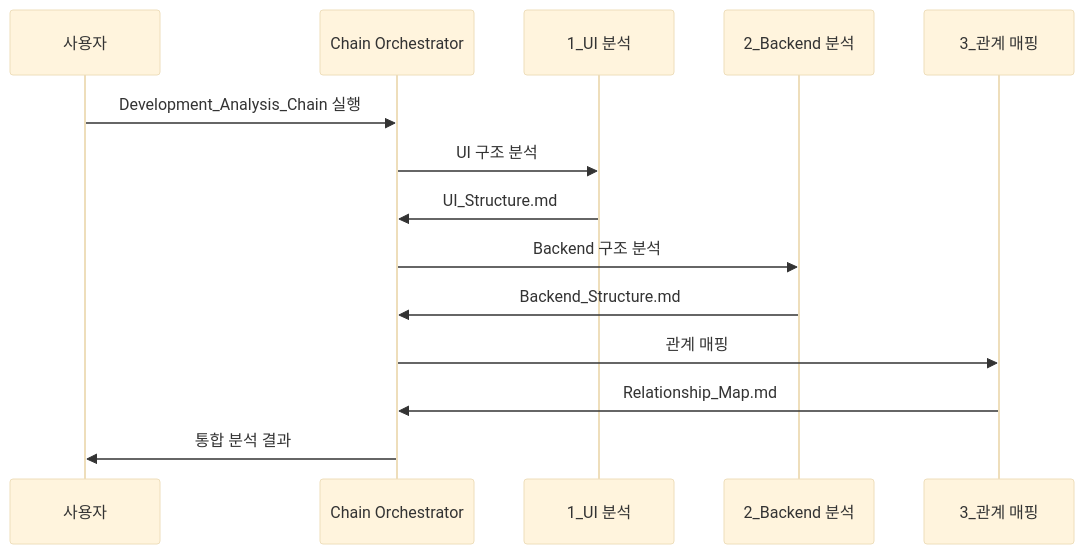
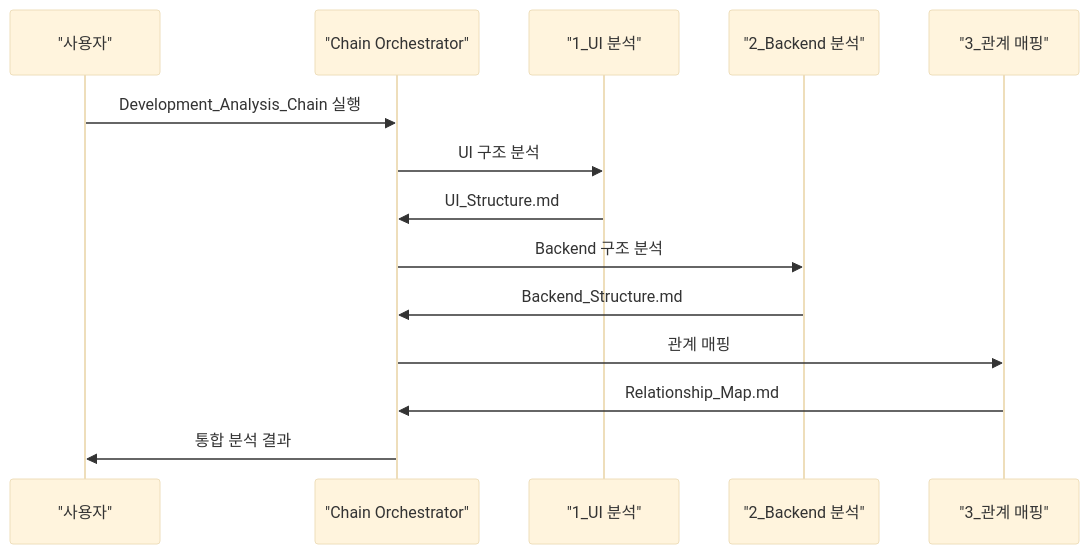
Before and after one commit to moobaek/Testing_AI_agents_for_public_use: the first of 2 diagrams in portfolio/Phase_1_Foundation/Step_04_Modularization.md, drawn with Mermaid (base theme). The commit also changed 14 other files, not shown here.

First line of the commit message:
fix: standardize Mermaid syntax for Obsidian compatibility across all portfolio documents

````diff
--- a/portfolio/Phase_1_Foundation/Step_04_Modularization.md
+++ b/portfolio/Phase_1_Foundation/Step_04_Modularization.md
@@ -120,17 +120,17 @@
 ```mermaid
 sequenceDiagram
-    participant User as 사용자
-    participant Chain as Chain Orchestrator
-    participant P1 as 1_UI 분석
-    participant P2 as 2_Backend 분석
-    participant P3 as 3_관계 매핑
+    participant User as "사용자"
+    participant Chain as "Chain Orchestrator"
+    participant P1 as "1_UI 분석"
+    participant P2 as "2_Backend 분석"
+    participant P3 as "3_관계 매핑"
     
     User->>Chain: Development_Analysis_Chain 실행
     Chain->>P1: UI 구조 분석
     P1->>Chain: UI_Structure.md
     Chain->>P2: Backend 구조 분석
     P2->>Chain: Backend_Structure.md
     Chain->>P3: 관계 매핑
     P3->>Chain: Relationship_Map.md
     Chain->>User: 통합 분석 결과
 ```
````
